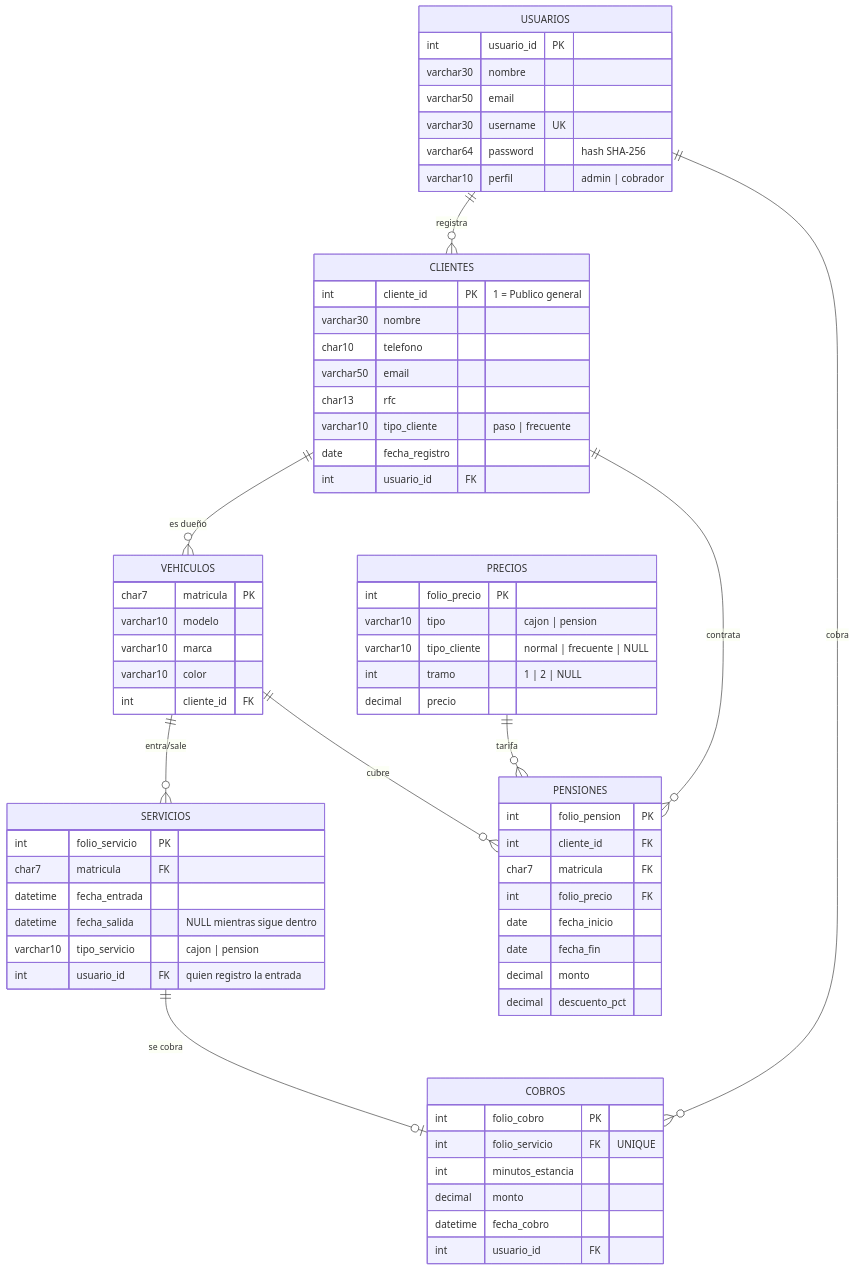
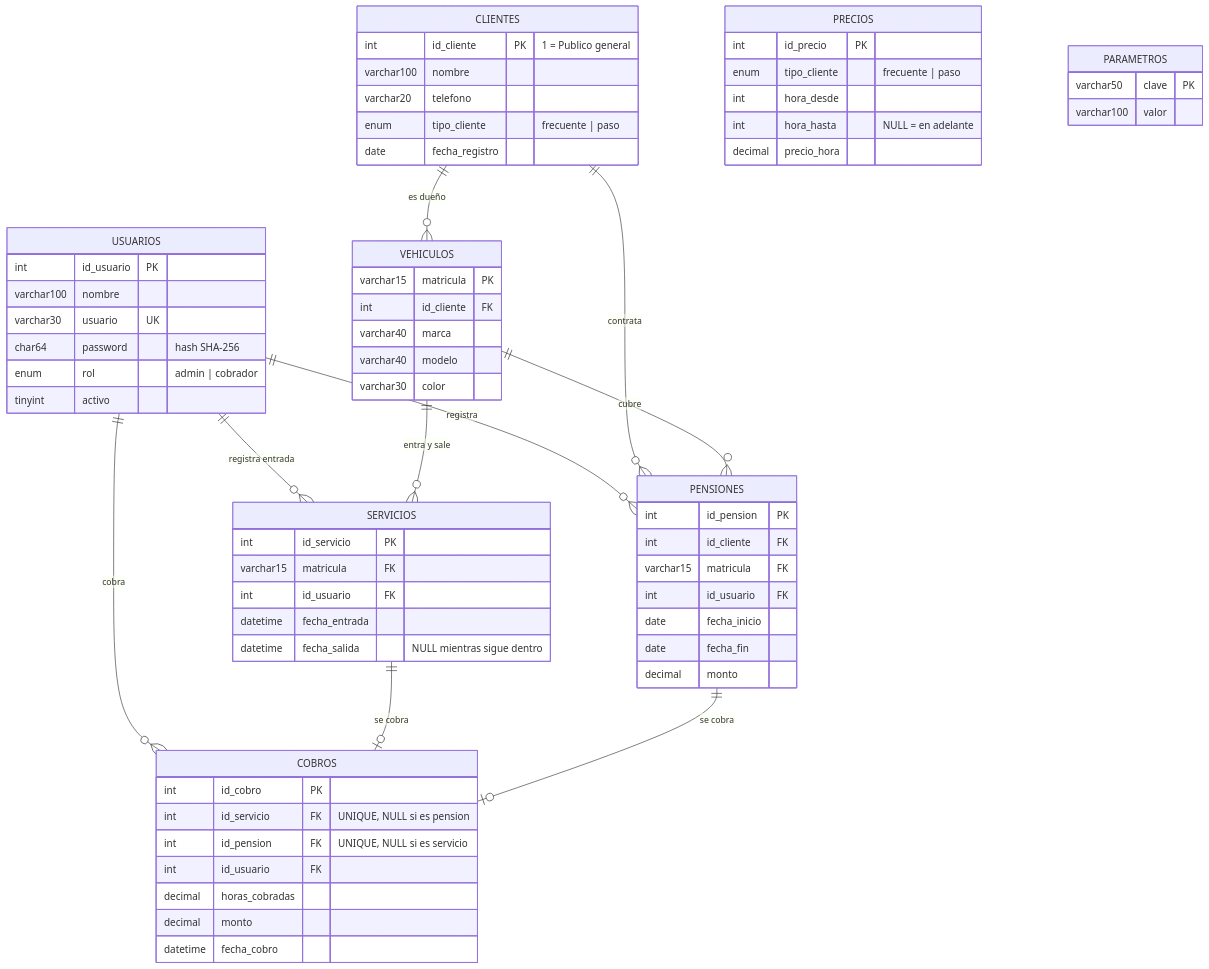
Before and after one commit to yaywiin/Proyecto-Final-DB: the diagram in docs/Modelo_Datos.md, drawn with Mermaid. The commit also changed other lines of this file, not shown here.

Commit message:
Actualiza el modelo de datos con la estructura real

````diff
--- a/docs/Modelo_Datos.md
+++ b/docs/Modelo_Datos.md
@@ -17,70 +17,71 @@
 ```mermaid
 erDiagram
-    USUARIOS ||--o{ CLIENTES : "registra"
+    USUARIOS ||--o{ SERVICIOS : "registra entrada"
+    USUARIOS ||--o{ PENSIONES : "registra"
     USUARIOS ||--o{ COBROS : "cobra"
     CLIENTES ||--o{ VEHICULOS : "es dueño"
     CLIENTES ||--o{ PENSIONES : "contrata"
-    VEHICULOS ||--o{ SERVICIOS : "entra/sale"
+    VEHICULOS ||--o{ SERVICIOS : "entra y sale"
     VEHICULOS ||--o{ PENSIONES : "cubre"
     SERVICIOS ||--o| COBROS : "se cobra"
-    PRECIOS ||--o{ PENSIONES : "tarifa"
+    PENSIONES ||--o| COBROS : "se cobra"
 
     USUARIOS {
-        int usuario_id PK
-        varchar30 nombre
-        varchar50 email
-        varchar30 username UK
-        varchar64 password "hash SHA-256"
-        varchar10 perfil "admin | cobrador"
+        int id_usuario PK
+        varchar100 nombre
+        varchar30 usuario UK
+        char64 password "hash SHA-256"
+        enum rol "admin | cobrador"
+        tinyint activo
     }
     CLIENTES {
-        int cliente_id PK "1 = Publico general"
-        varchar30 nombre
-        char10 telefono
-        varchar50 email
-        char13 rfc
-        varchar10 tipo_cliente "paso | frecuente"
+        int id_cliente PK "1 = Publico general"
+        varchar100 nombre
+        varchar20 telefono
+        enum tipo_cliente "frecuente | paso"
         date fecha_registro
-        int usuario_id FK
     }
     VEHICULOS {
-        char7 matricula PK
-        varchar10 modelo
-        varchar10 marca
-        varchar10 color
-        int cliente_id FK
-    }
-    PRECIOS {
-        int folio_precio PK
-        varchar10 tipo "cajon | pension"
-        varchar10 tipo_cliente "normal | frecuente | NULL"
-        int tramo "1 | 2 | NULL"
-        decimal precio
+        varchar15 matricula PK
+        int id_cliente FK
+        varchar40 marca
+        varchar40 modelo
+        varchar30 color
     }
     SERVICIOS {
-        int folio_servicio PK
-        char7 matricula FK
+        int id_servicio PK
+        varchar15 matricula FK
+        int id_usuario FK
         datetime fecha_entrada
         datetime fecha_salida "NULL mientras sigue dentro"
-        varchar10 tipo_servicio "cajon | pension"
-        int usuario_id FK "quien registro la entrada"
-    }
-    COBROS {
-        int folio_cobro PK
-        int folio_servicio FK "UNIQUE"
-        int minutos_estancia
-        decimal monto
-        datetime fecha_cobro
-        int usuario_id FK
     }
     PENSIONES {
-        int folio_pension PK
-        int cliente_id FK
-        char7 matricula FK
-        int folio_precio FK
+        int id_pension PK
+        int id_cliente FK
+        varchar15 matricula FK
+        int id_usuario FK
         date fecha_inicio
         date fecha_fin
         decimal monto
-        decimal descuento_pct
+    }
+    COBROS {
+        int id_cobro PK
+        int id_servicio FK "UNIQUE, NULL si es pension"
+        int id_pension FK "UNIQUE, NULL si es servicio"
+        int id_usuario FK
+        decimal horas_cobradas
+        decimal monto
+        datetime fecha_cobro
+    }
+    PRECIOS {
+        int id_precio PK
+        enum tipo_cliente "frecuente | paso"
+        int hora_desde
+        int hora_hasta "NULL = en adelante"
+        decimal precio_hora
+    }
+    PARAMETROS {
+        varchar50 clave PK
+        varchar100 valor
     }
 ```
````
